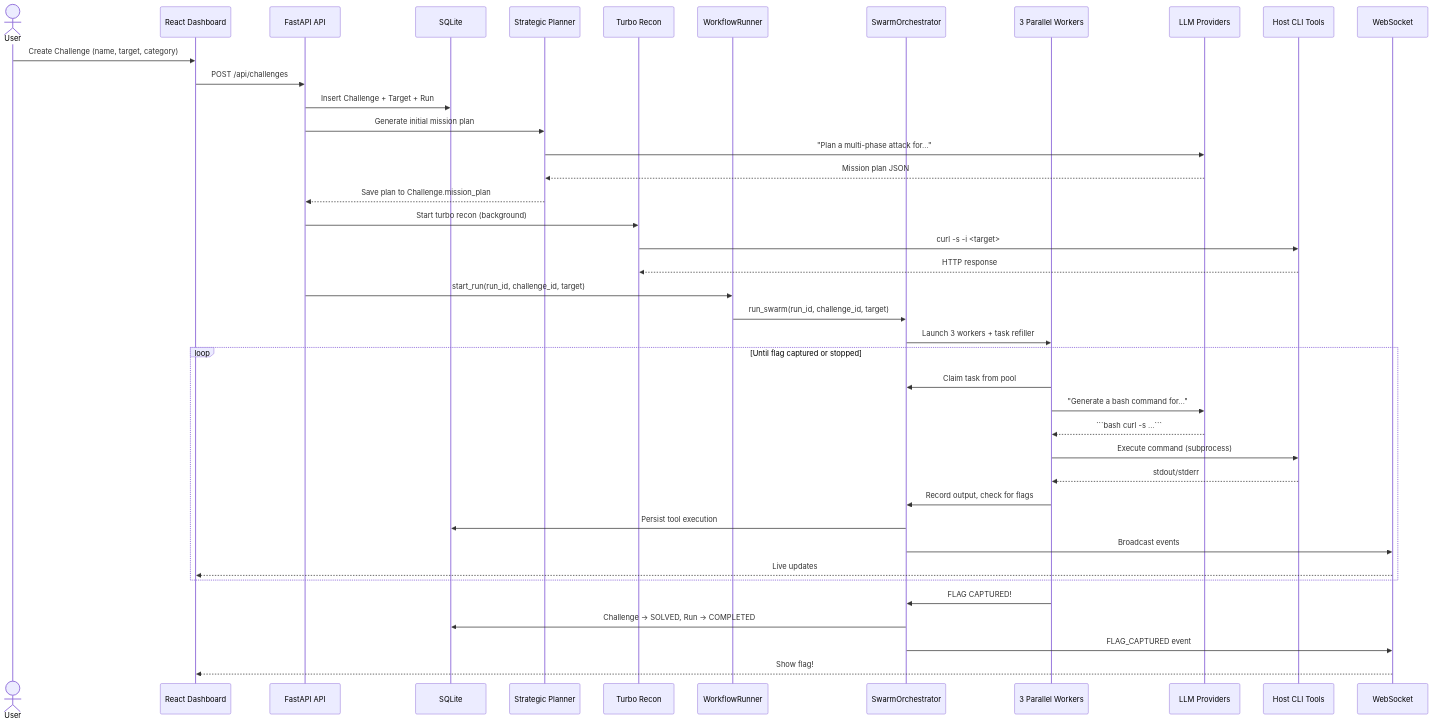
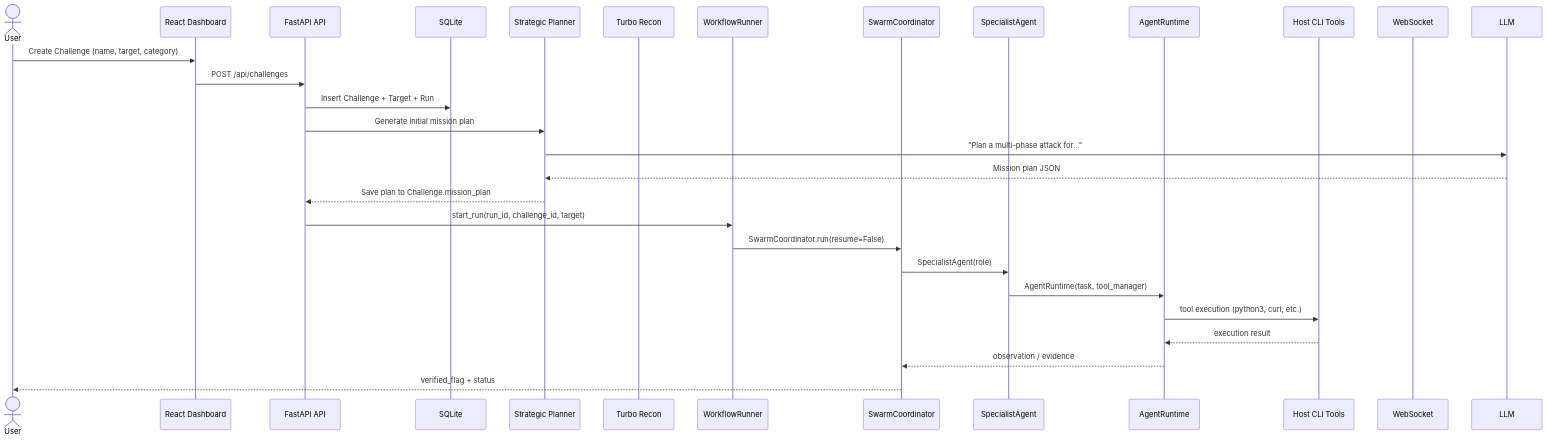
One commit to d3fau1t11/Forge changed the second of 2 diagrams in forge_documentation.md. Above: the diagram before and after it, drawn with Mermaid. The commit also changed 19 other files, not shown here.

First line of the commit message:
feat(mission-intake): add target+artifact+objective intake and default to coordinated swarm

````diff
--- a/forge_documentation.md
+++ b/forge_documentation.md
@@ -247,47 +247,32 @@
 ```mermaid
 sequenceDiagram
     actor User
     participant UI as React Dashboard
     participant API as FastAPI API
     participant DB as SQLite
     participant Planner as Strategic Planner
     participant Recon as Turbo Recon
     participant Runner as WorkflowRunner
-    participant Swarm as SwarmOrchestrator
-    participant Workers as 3 Parallel Workers
-    participant LLM as LLM Providers
+    participant Coordinator as SwarmCoordinator
+    participant Specialist as SpecialistAgent
+    participant Runtime as AgentRuntime
     participant Tools as Host CLI Tools
     participant WS as WebSocket
 
     User->>UI: Create Challenge (name, target, category)
     UI->>API: POST /api/challenges
     API->>DB: Insert Challenge + Target + Run
     API->>Planner: Generate initial mission plan
     Planner->>LLM: "Plan a multi-phase attack for..."
     LLM-->>Planner: Mission plan JSON
     Planner-->>API: Save plan to Challenge.mission_plan
-    API->>Recon: Start turbo recon (background)
-    Recon->>Tools: curl -s -i <target>
-    Tools-->>Recon: HTTP response
     API->>Runner: start_run(run_id, challenge_id, target)
-    Runner->>Swarm: run_swarm(run_id, challenge_id, target)
+    Runner->>Coordinator: SwarmCoordinator.run(resume=False)
     
-    Swarm->>Workers: Launch 3 workers + task refiller
-    
-    loop Until flag captured or stopped
-        Workers->>Swarm: Claim task from pool
-        Workers->>LLM: "Generate a bash command for..."
-        LLM-->>Workers: ```bash curl -s ...```
-        Workers->>Tools: Execute command (subprocess)
-        Tools-->>Workers: stdout/stderr
-        Workers->>Swarm: Record output, check for flags
-        Swarm->>DB: Persist tool execution
-        Swarm->>WS: Broadcast events
-        WS-->>UI: Live updates
-    end
-    
-    Workers->>Swarm: FLAG CAPTURED!
-    Swarm->>DB: Challenge → SOLVED, Run → COMPLETED
-    Swarm->>WS: FLAG_CAPTURED event
-    WS-->>UI: Show flag!
+    Coordinator->>Specialist: SpecialistAgent(role)
+    Specialist->>Runtime: AgentRuntime(task, tool_manager)
+    Runtime->>Tools: tool execution (python3, curl, etc.)
+    Tools-->>Runtime: execution result
+    Runtime-->>Coordinator: observation / evidence
+    Coordinator-->>User: verified_flag + status
 ```
````
